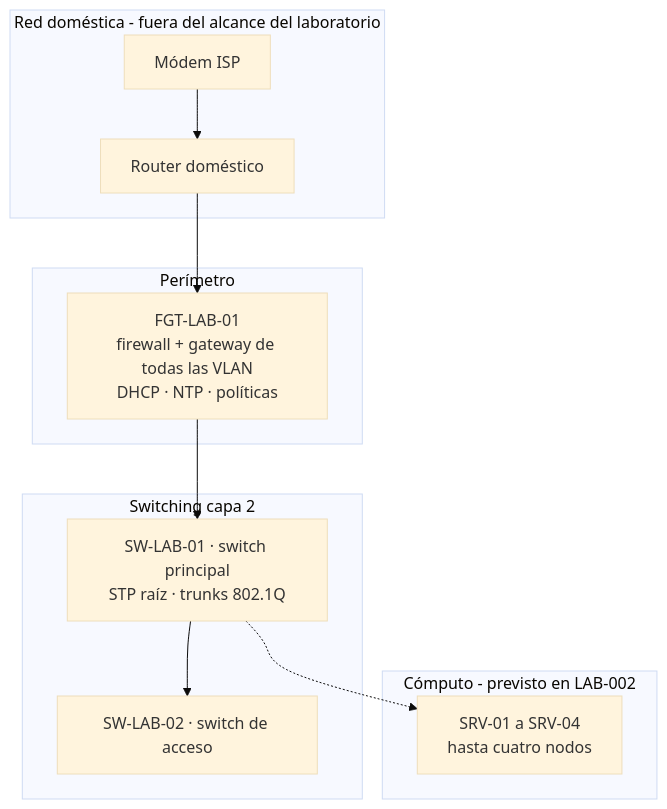
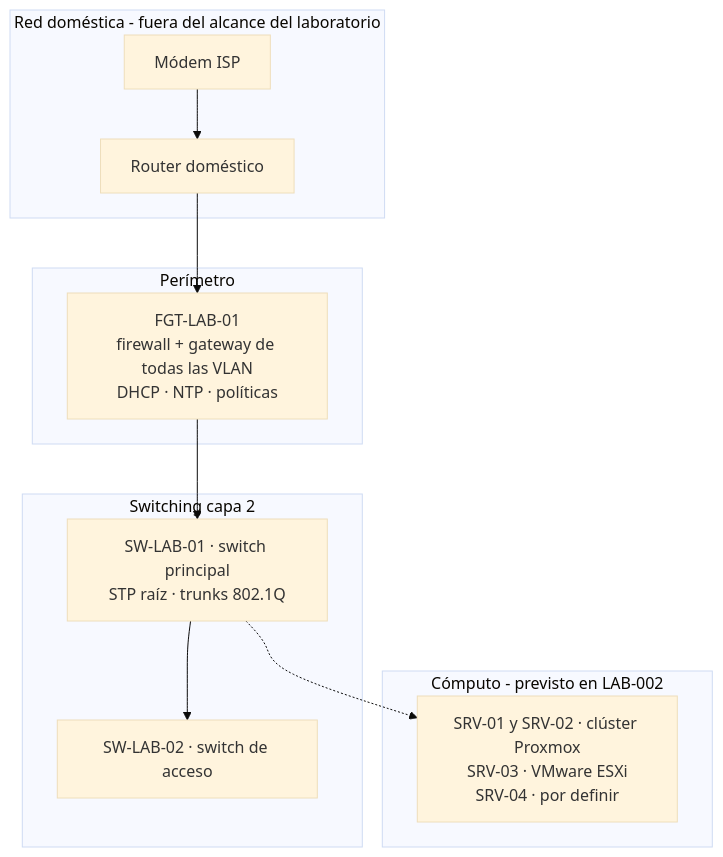
Before and after one commit to Alce1551/EICL-HOMELAB: the first of 3 diagrams in docs/architecture.md, drawn with Mermaid (base theme). The commit also changed other lines of this file and 6 other files, not shown here.

````diff
--- a/docs/architecture.md
+++ b/docs/architecture.md
@@ -11,19 +11,19 @@
 ```mermaid
 flowchart TB
     subgraph Externa[Red doméstica - fuera del alcance del laboratorio]
         ISP[Módem ISP] --> ARC[Router doméstico]
     end
     subgraph Perimetro[Perímetro]
         FGT[FGT-LAB-01<br/>firewall + gateway de todas las VLAN<br/>DHCP · NTP · políticas]
     end
     subgraph Distribucion[Switching capa 2]
         SW1[SW-LAB-01 · switch principal<br/>STP raíz · trunks 802.1Q]
         SW2[SW-LAB-02 · switch de acceso]
     end
     subgraph Computo[Cómputo - previsto en LAB-002]
-        NOD[SRV-01 a SRV-04<br/>hasta cuatro nodos]
+        NOD[SRV-01 y SRV-02 · clúster Proxmox<br/>SRV-03 · VMware ESXi<br/>SRV-04 · por definir]
     end
     ARC --> FGT
     FGT --> SW1 --> SW2
     SW1 -.-> NOD
 ```
````
